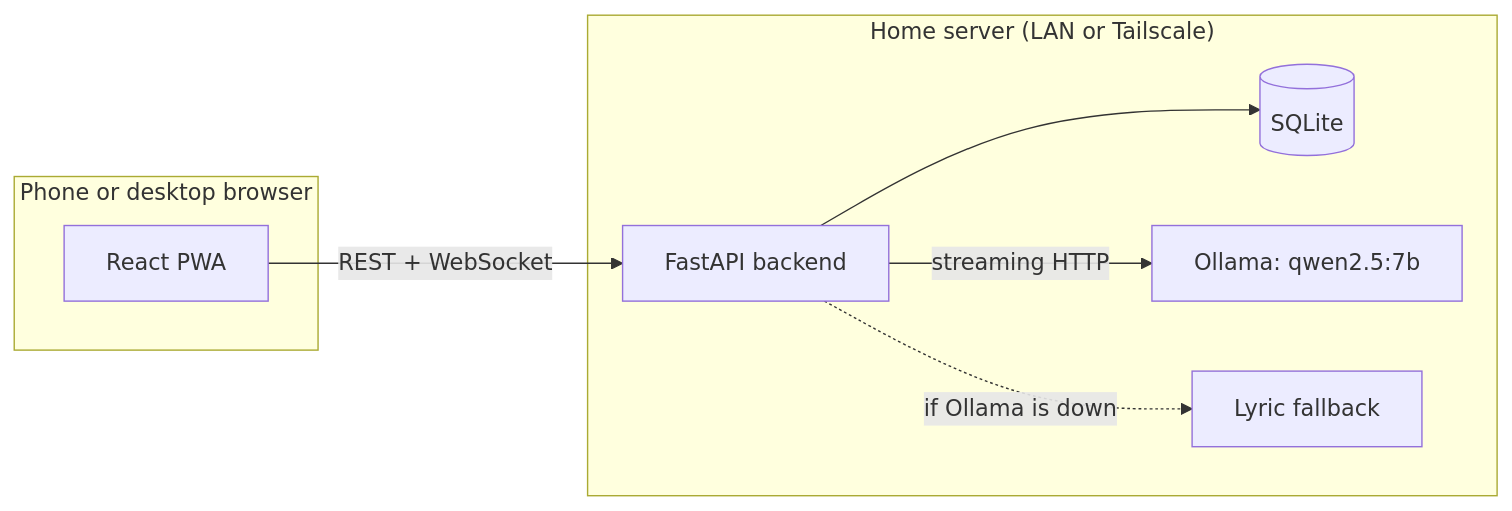
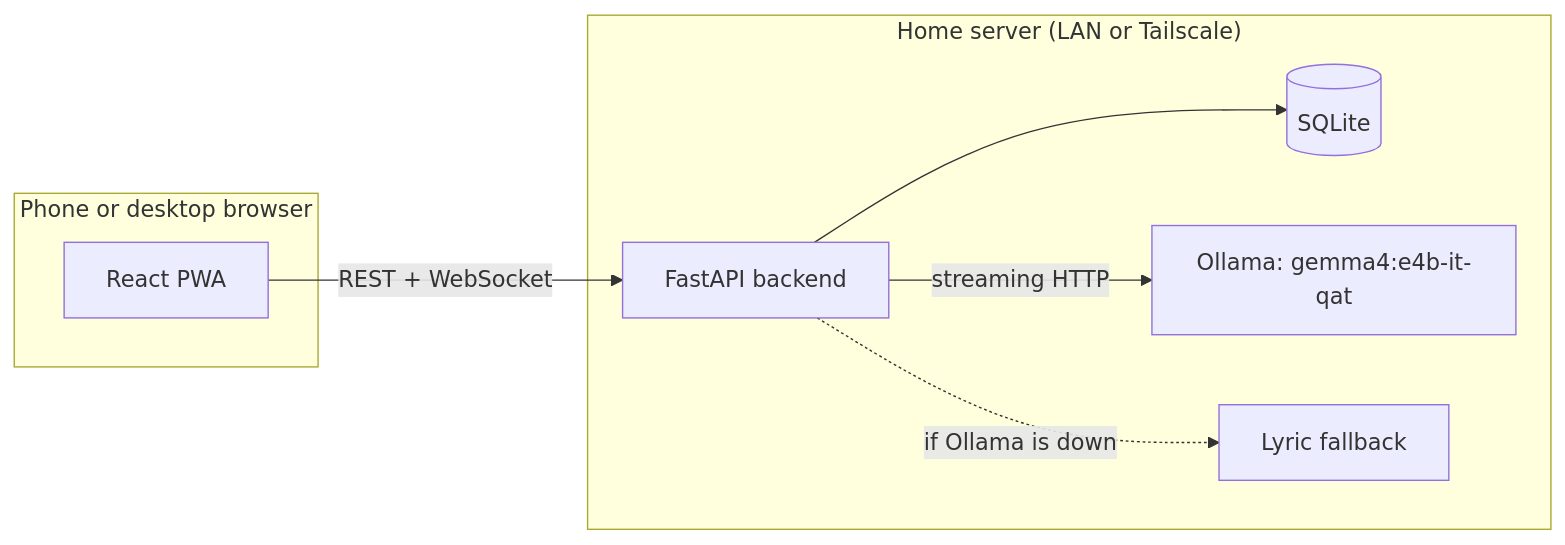
Before and after one commit to theyoyoyo/breakFast: the diagram in README.md, drawn with Mermaid. The commit also changed other lines of this file and 4 other files, not shown here.

````diff
--- a/README.md
+++ b/README.md
@@ -49,16 +49,16 @@
 ```mermaid
 flowchart LR
     subgraph Devices["Phone or desktop browser"]
         UI["React PWA"]
     end
     subgraph Server["Home server (LAN or Tailscale)"]
         API["FastAPI backend"]
         DB[("SQLite")]
-        LLM["Ollama: qwen2.5:7b"]
+        LLM["Ollama: gemma4:e4b-it-qat"]
         FB["Lyric fallback"]
     end
     UI -- "REST + WebSocket" --> API
     API --> DB
     API -- "streaming HTTP" --> LLM
     API -. "if Ollama is down" .-> FB
 ```
````
